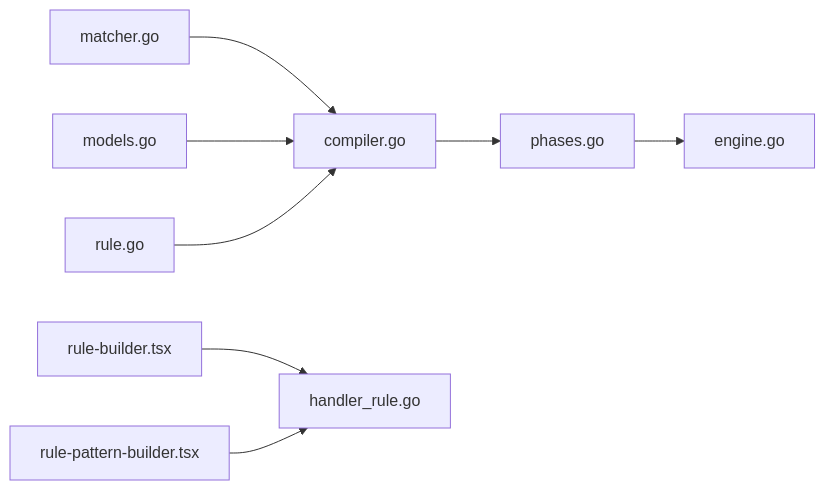
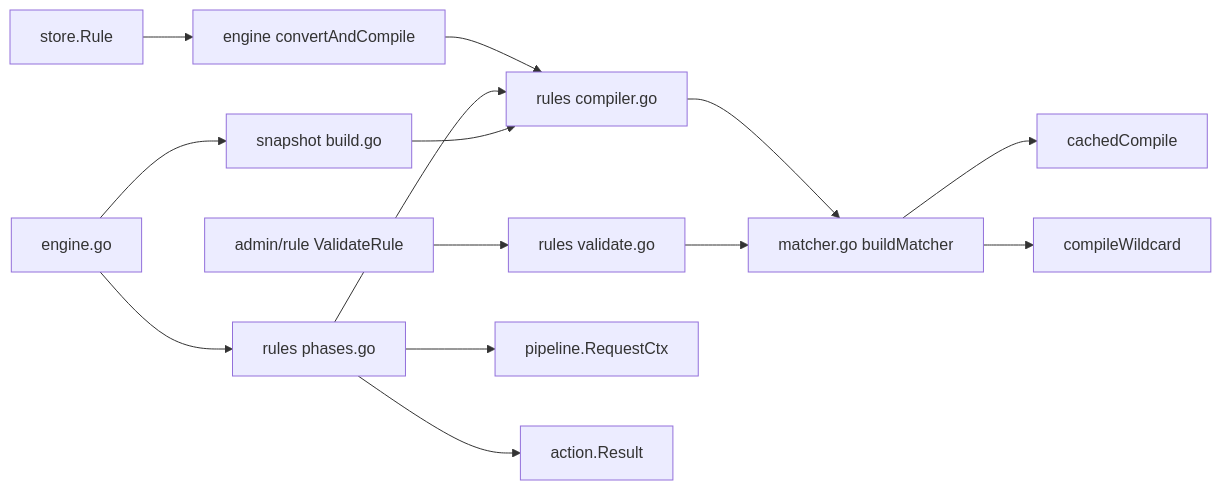
The fourth of 4 diagrams in docs/WAF 引擎系统/规则匹配器/规则匹配器.md (x01n/My-OpenWaf), drawn with Mermaid before and after one commit. The commit also changed other lines of this file and 622 other files, not shown here.

````diff
--- a/docs/WAF 引擎系统/规则匹配器/规则匹配器.md
+++ b/docs/WAF 引擎系统/规则匹配器/规则匹配器.md
@@ -434,10 +423,16 @@
 ```mermaid
 graph LR
-M["matcher.go"] --> C["compiler.go"]
-C --> P["phases.go"]
-P --> E["engine.go"]
-S1["models.go"] --> C
-S2["rule.go"] --> C
-F1["rule-builder.tsx"] --> H["handler_rule.go"]
-F2["rule-pattern-builder.tsx"] --> H
+STORE["store.Rule"] --> CVT["engine convertAndCompile"]
+CVT --> CMP["rules compiler.go"]
+CMP --> BM["matcher.go buildMatcher"]
+BM --> CC["cachedCompile"]
+BM --> WT["compileWildcard"]
+ADM["admin/rule ValidateRule"] --> VAL["rules validate.go"]
+VAL --> BM
+PHC["rules phases.go"] --> CMP
+PHC --> PIPE["pipeline.RequestCtx"]
+PHC --> ACT["action.Result"]
+ENG["engine.go"] --> PHC
+ENG --> SNAP["snapshot build.go"]
+SNAP --> CMP
 ```
````
